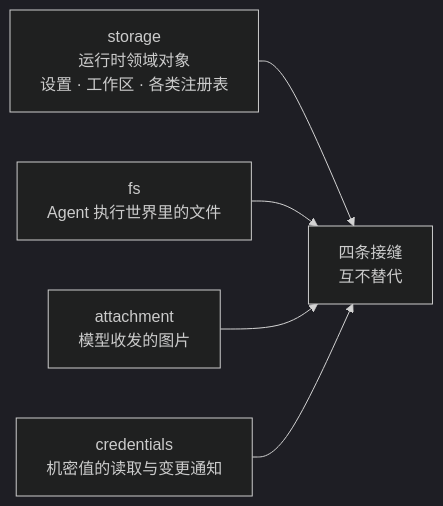
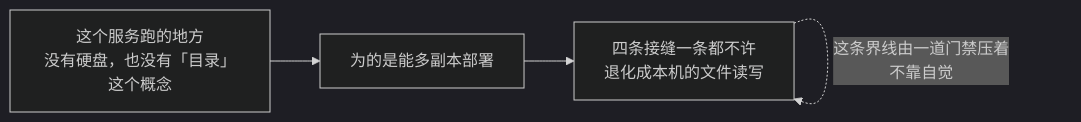
Before and after one commit to snight1983/ds-harness-go: the fourth of 57 diagrams in docs/modules/storage.md, drawn with Mermaid (dark theme). The commit also changed other lines of this file and 43 other files, not shown here.

Commit message:
docs: 图解架构与模块设计

````diff
--- a/docs/modules/storage.md
+++ b/docs/modules/storage.md
@@ -9,7 +53,6 @@
 ```mermaid
 flowchart LR
-    A["storage<br/>运行时领域对象<br/>设置 · 工作区 · 各类注册表"] --> Z["四条接缝<br/>互不替代"]
-    B["fs<br/>Agent 执行世界里的文件"] --> Z
-    C["attachment<br/>模型收发的图片"] --> Z
-    D["credentials<br/>机密值的读取与变更通知"] --> Z
+    A["这个服务跑的地方<br/>没有硬盘，也没有「目录」这个概念"] --> B["为的是能多副本部署"]
+    B --> C["四条接缝一条都不许<br/>退化成本机的文件读写"]
+    C -.->|"这条界线由一道门禁压着<br/>不靠自觉"| C
 ```
````
